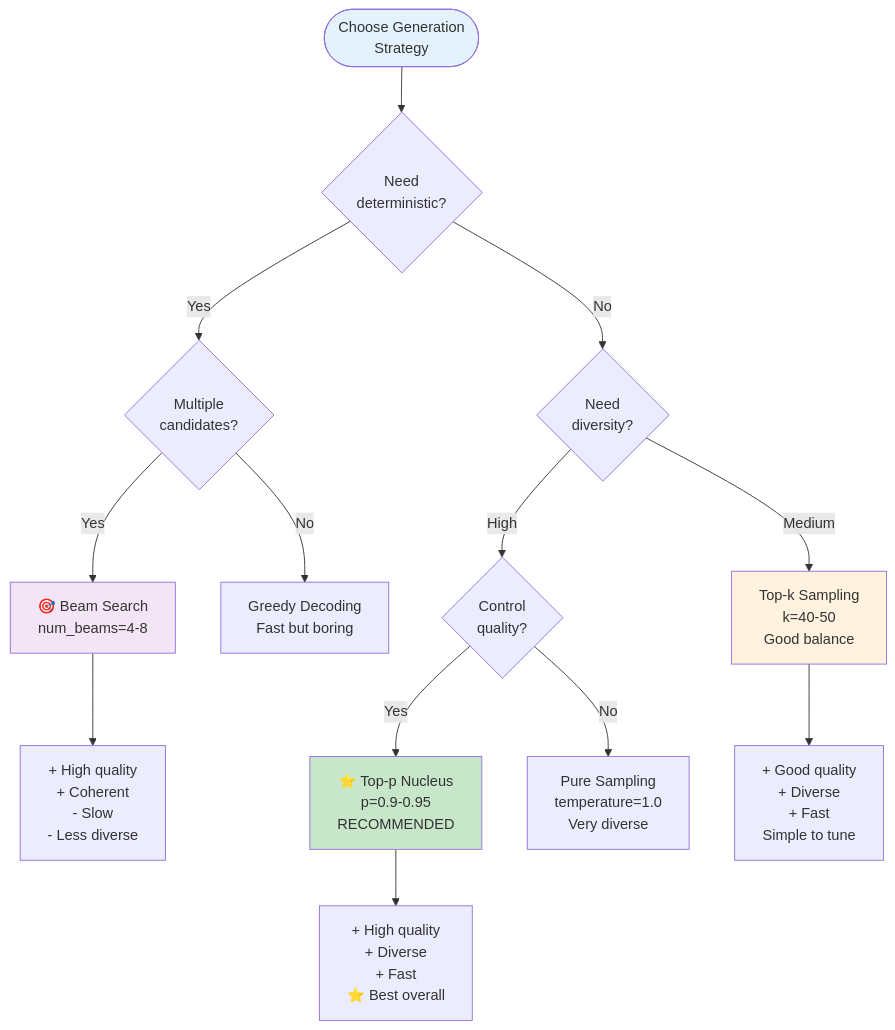
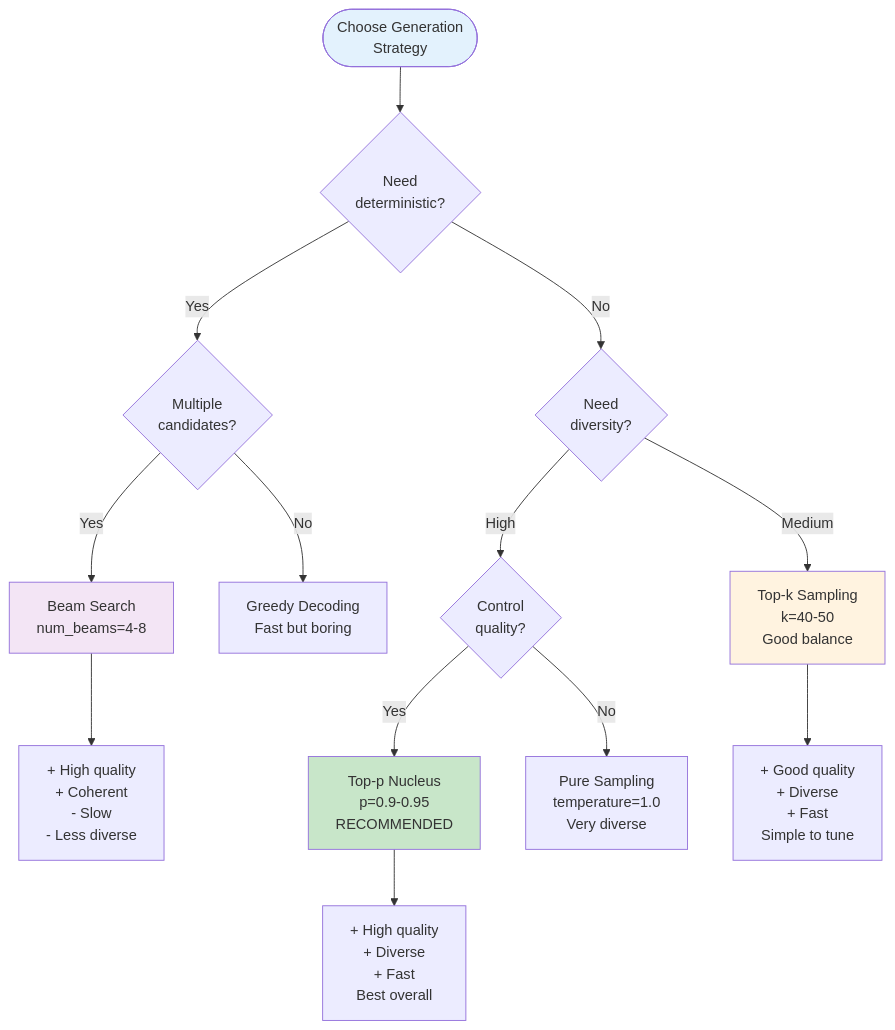
The eighth of 16 diagrams in code/docs/06_EVALUATION_GENERATION.md (Pizzaman213/Ava_AI), drawn with Mermaid before and after one commit. The commit also changed other lines of this file and 215 other files, not shown here.

````diff
--- a/code/docs/06_EVALUATION_GENERATION.md
+++ b/code/docs/06_EVALUATION_GENERATION.md
@@ -421,25 +421,25 @@
 ```mermaid
 flowchart TD
     Start([Choose Generation<br/>Strategy]) --> Q1{Need<br/>deterministic?}
 
     Q1 -->|Yes| Q2{Multiple<br/>candidates?}
     Q1 -->|No| Q3{Need<br/>diversity?}
 
-    Q2 -->|Yes| Beam[🎯 Beam Search<br/>num_beams=4-8]
+    Q2 -->|Yes| Beam[ Beam Search<br/>num_beams=4-8]
     Q2 -->|No| Greedy[Greedy Decoding<br/>Fast but boring]
 
     Q3 -->|High| Q4{Control<br/>quality?}
     Q3 -->|Medium| TopK[Top-k Sampling<br/>k=40-50<br/>Good balance]
 
-    Q4 -->|Yes| TopP[⭐ Top-p Nucleus<br/>p=0.9-0.95<br/>RECOMMENDED]
+    Q4 -->|Yes| TopP[ Top-p Nucleus<br/>p=0.9-0.95<br/>RECOMMENDED]
     Q4 -->|No| Sample[Pure Sampling<br/>temperature=1.0<br/>Very diverse]
 
     Beam --> Features1[+ High quality<br/>+ Coherent<br/>- Slow<br/>- Less diverse]
-    TopP --> Features2[+ High quality<br/>+ Diverse<br/>+ Fast<br/>⭐ Best overall]
+    TopP --> Features2[+ High quality<br/>+ Diverse<br/>+ Fast<br/> Best overall]
     TopK --> Features3[+ Good quality<br/>+ Diverse<br/>+ Fast<br/>Simple to tune]
 
     style Start fill:#e3f2fd
     style TopP fill:#c8e6c9
     style TopK fill:#fff3e0
     style Beam fill:#f3e5f5
 ```
````
